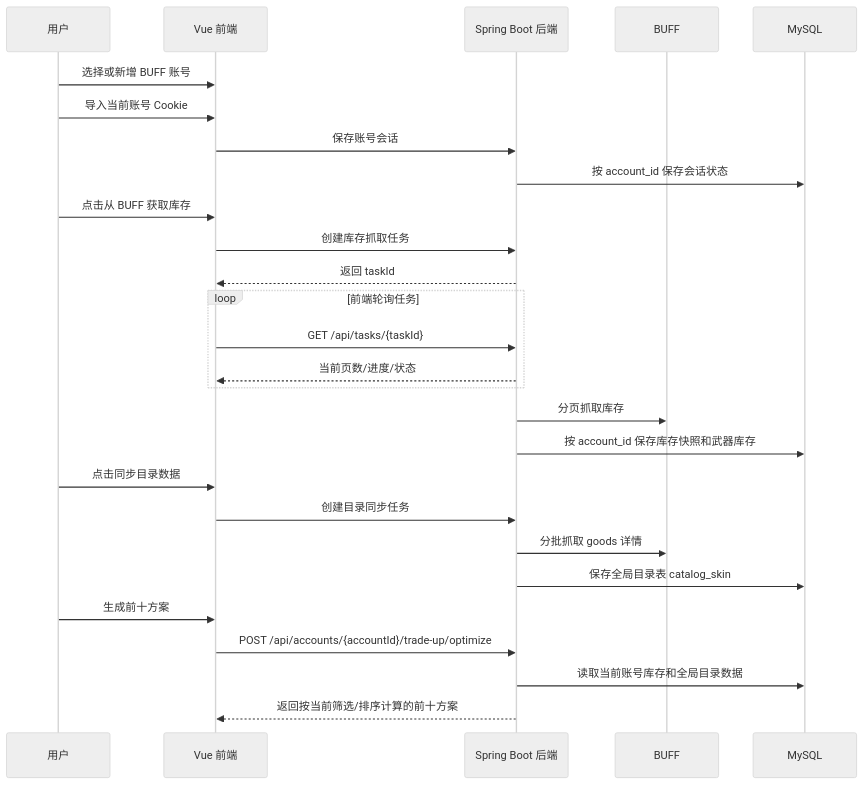
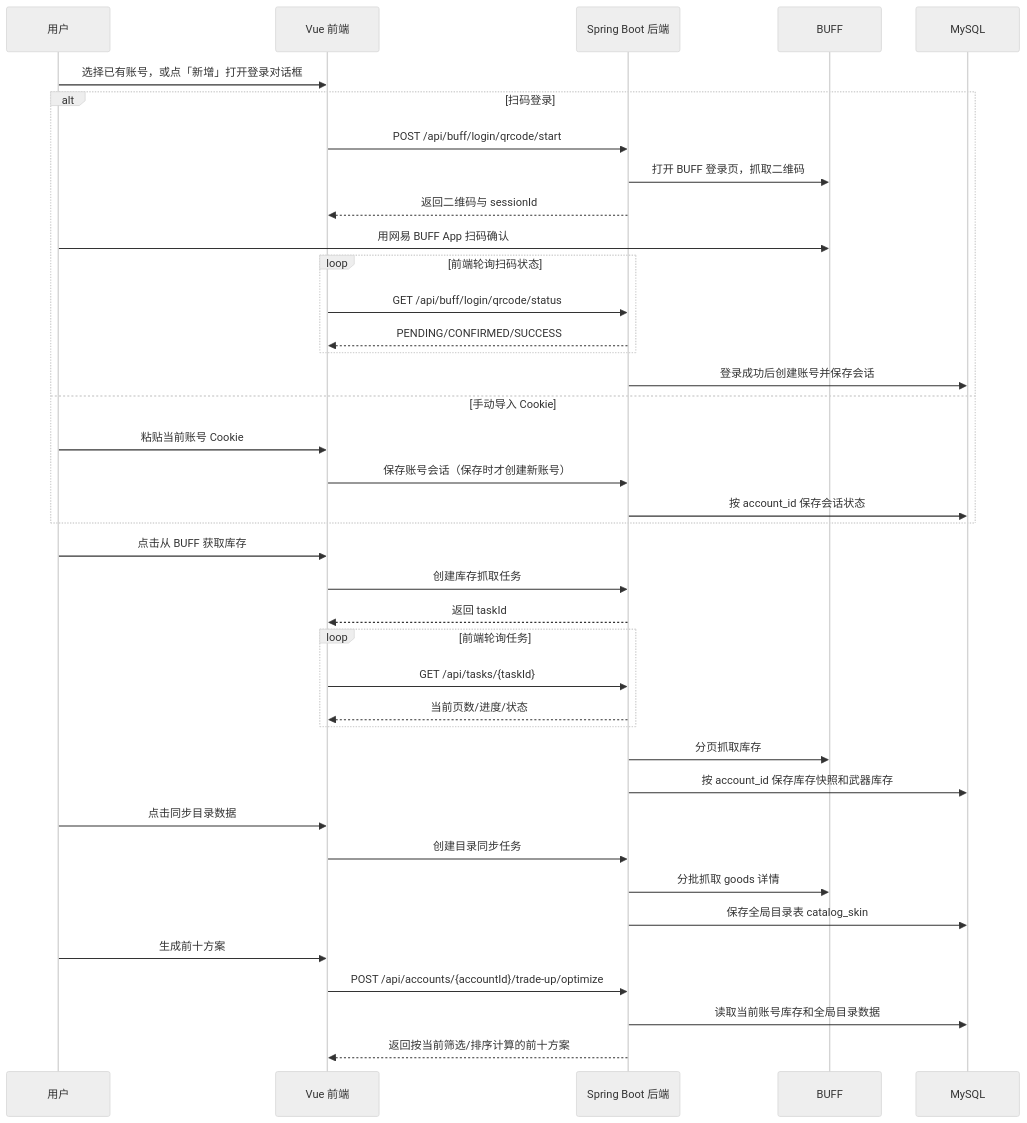
Before and after one commit to qyaaaa/cs-taihuan: the first of 4 diagrams in docs/usage-guide.md, drawn with Mermaid (neutral theme). The commit also changed other lines of this file and 19 other files, not shown here.

First line of the commit message:
Add BUFF QR-code login and defer account creation

````diff
--- a/docs/usage-guide.md
+++ b/docs/usage-guide.md
@@ -7,33 +7,45 @@
 ```mermaid
 sequenceDiagram
     participant User as 用户
     participant FE as Vue 前端
     participant API as Spring Boot 后端
     participant BUFF as BUFF
     participant DB as MySQL
 
-    User->>FE: 选择或新增 BUFF 账号
-    User->>FE: 导入当前账号 Cookie
-    FE->>API: 保存账号会话
-    API->>DB: 按 account_id 保存会话状态
+    User->>FE: 选择已有账号，或点「新增」打开登录对话框
+    alt 扫码登录
+        FE->>API: POST /api/buff/login/qrcode/start
+        API->>BUFF: 打开 BUFF 登录页，抓取二维码
+        API-->>FE: 返回二维码与 sessionId
+        User->>BUFF: 用网易 BUFF App 扫码确认
+        loop 前端轮询扫码状态
+            FE->>API: GET /api/buff/login/qrcode/status
+            API-->>FE: PENDING/CONFIRMED/SUCCESS
+        end
+        API->>DB: 登录成功后创建账号并保存会话
+    else 手动导入 Cookie
+        User->>FE: 粘贴当前账号 Cookie
+        FE->>API: 保存账号会话（保存时才创建新账号）
+        API->>DB: 按 account_id 保存会话状态
+    end
 
     User->>FE: 点击从 BUFF 获取库存
     FE->>API: 创建库存抓取任务
     API-->>FE: 返回 taskId
     loop 前端轮询任务
         FE->>API: GET /api/tasks/{taskId}
         API-->>FE: 当前页数/进度/状态
     end
     API->>BUFF: 分页抓取库存
     API->>DB: 按 account_id 保存库存快照和武器库存
 
     User->>FE: 点击同步目录数据
     FE->>API: 创建目录同步任务
     API->>BUFF: 分批抓取 goods 详情
     API->>DB: 保存全局目录表 catalog_skin
 
     User->>FE: 生成前十方案
     FE->>API: POST /api/accounts/{accountId}/trade-up/optimize
     API->>DB: 读取当前账号库存和全局目录数据
     API-->>FE: 返回按当前筛选/排序计算的前十方案
 ```
````
